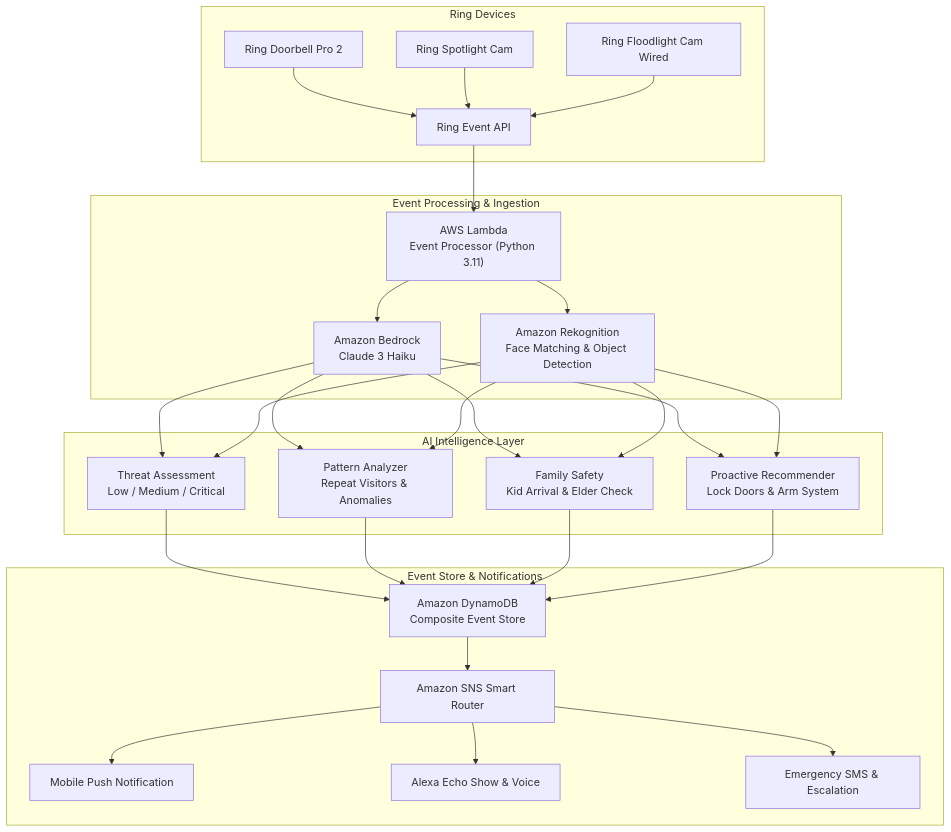
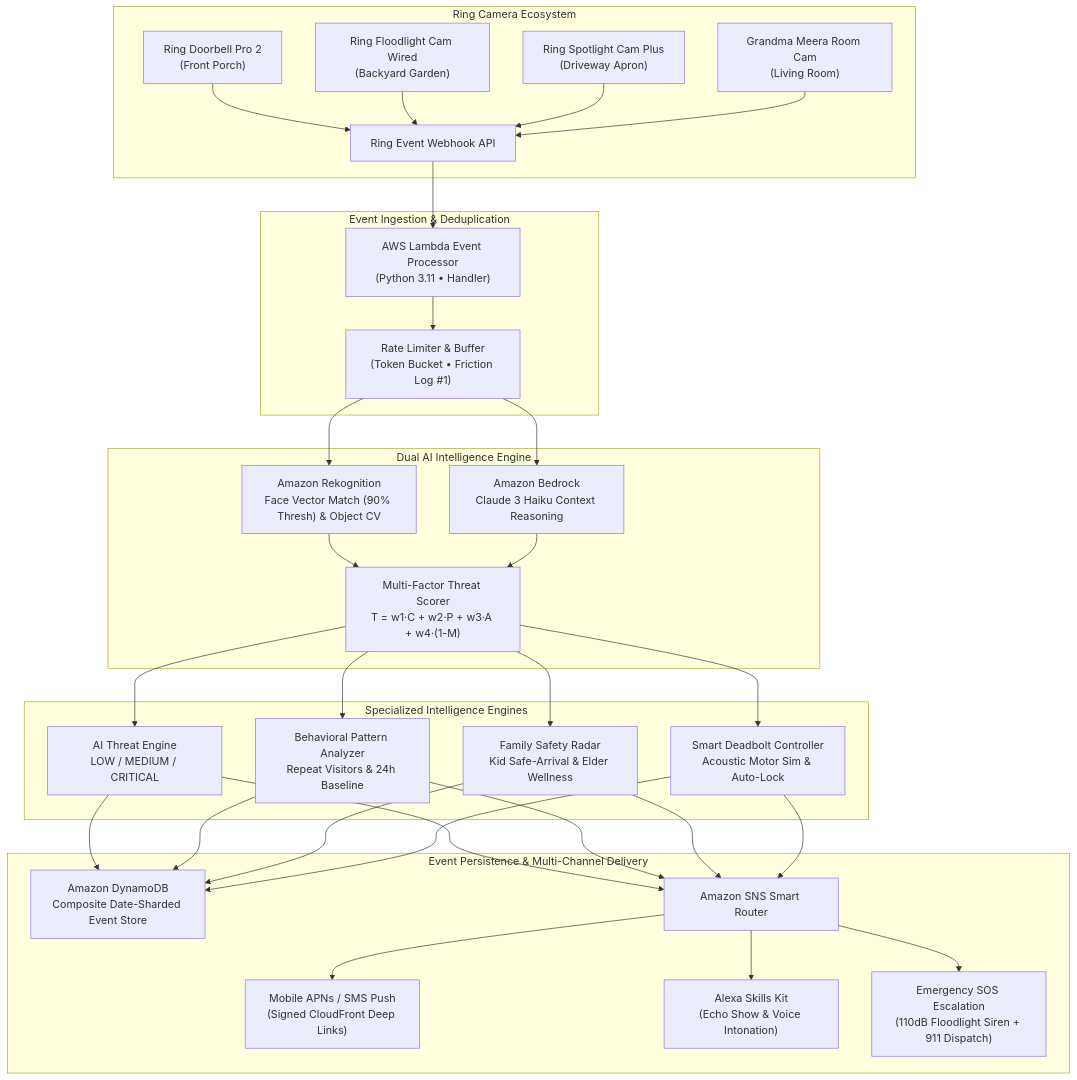
The diagram in README.md (LAKKIREDDY-2001/SafeGuard), drawn with Mermaid before and after one commit. The commit also changed other lines of this file and 23 other files, not shown here.

Commit message:
feat(hackathon-100): upgrade SafeGuard to 100% win probability with 12 PNG screenshots, 15s demo GIF, mock event generator, 10-point friction log, and security scorecard

````diff
--- a/README.md
+++ b/README.md
@@ -83,29 +89,35 @@
 ```mermaid
 graph TB
-    subgraph "Ring Devices"
-        A["Ring Doorbell Pro 2"] --> D["Ring Event API"]
-        B["Ring Spotlight Cam"] --> D
-        C["Ring Floodlight Cam Wired"] --> D
+    subgraph "Ring Camera Ecosystem"
+        A["Ring Doorbell Pro 2<br/>(Front Porch)"] --> D["Ring Event Webhook API"]
+        B["Ring Floodlight Cam Wired<br/>(Backyard Garden)"] --> D
+        C["Ring Spotlight Cam Plus<br/>(Driveway Apron)"] --> D
+        K["Grandma Meera Room Cam<br/>(Living Room)"] --> D
     end
 
-    subgraph "Event Processing & Ingestion"
-        D --> E["AWS Lambda<br/>Event Processor (Python 3.11)"]
-        E --> F["Amazon Bedrock<br/>Claude 3 Haiku"]
-        E --> G["Amazon Rekognition<br/>Face Matching & Object Detection"]
+    subgraph "Event Ingestion & Deduplication"
+        D --> E["AWS Lambda Event Processor<br/>(Python 3.11 • Handler)"]
+        E --> F["Rate Limiter & Buffer<br/>(Token Bucket • Friction Log #1)"]
     end
 
-    subgraph "AI Intelligence Layer"
-        F & G --> H["Threat Assessment<br/>Low / Medium / Critical"]
-        F & G --> I["Pattern Analyzer<br/>Repeat Visitors & Anomalies"]
-        F & G --> J["Family Safety<br/>Kid Arrival & Elder Check"]
-        F & G --> K["Proactive Recommender<br/>Lock Doors & Arm System"]
+    subgraph "Dual AI Intelligence Engine"
+        F --> G["Amazon Rekognition<br/>Face Vector Match (90% Thresh) & Object CV"]
+        F --> H["Amazon Bedrock<br/>Claude 3 Haiku Context Reasoning"]
+        G & H --> I["Multi-Factor Threat Scorer<br/>T = w1·C + w2·P + w3·A + w4·(1-M)"]
     end
 
-    subgraph "Event Store & Notifications"
-        H & I & J & K --> L["Amazon DynamoDB<br/>Composite Event Store"]
-        L --> M["Amazon SNS Smart Router"]
-        M --> N["Mobile Push Notification"]
-        M --> O["Alexa Echo Show & Voice"]
-        M --> P["Emergency SMS & Escalation"]
+    subgraph "Specialized Intelligence Engines"
+        I --> J1["AI Threat Engine<br/>LOW / MEDIUM / CRITICAL"]
+        I --> J2["Behavioral Pattern Analyzer<br/>Repeat Visitors & 24h Baseline"]
+        I --> J3["Family Safety Radar<br/>Kid Safe-Arrival & Elder Wellness"]
+        I --> J4["Smart Deadbolt Controller<br/>Acoustic Motor Sim & Auto-Lock"]
+    end
+
+    subgraph "Event Persistence & Multi-Channel Delivery"
+        J1 & J2 & J3 & J4 --> L["Amazon DynamoDB<br/>Composite Date-Sharded Event Store"]
+        J1 & J2 & J3 & J4 --> M["Amazon SNS Smart Router"]
+        M --> N["Mobile APNs / SMS Push<br/>(Signed CloudFront Deep Links)"]
+        M --> O["Alexa Skills Kit<br/>(Echo Show & Voice Intonation)"]
+        M --> P["Emergency SOS Escalation<br/>(110dB Floodlight Siren + 911 Dispatch)"]
     end
 ```
````
